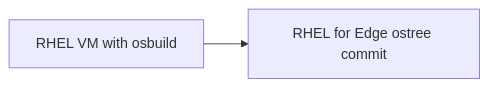
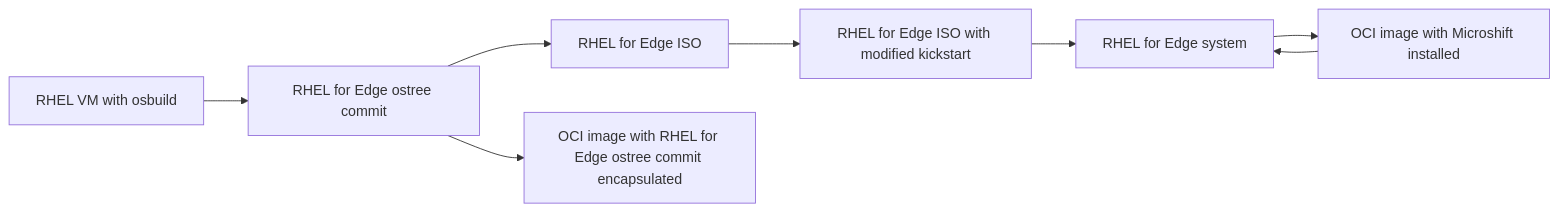
One commit to miabbott/r4e-microshift-demo changed the diagram in README.md. Above: the diagram before and after it, drawn with Mermaid.

Commit message:
add in full flowchart

````diff
--- a/README.md
+++ b/README.md
@@ -15,4 +15,10 @@
 ```mermaid
 flowchart LR;
   id1[RHEL VM with osbuild]-->id2[RHEL for Edge ostree commit];
+  id2-->id3[RHEL for Edge ISO];
+  id3-->id4[RHEL for Edge ISO with modified kickstart];
+  id4-->id5[RHEL for Edge system];
+  id2-->id6[OCI image with RHEL for Edge ostree commit encapsulated];
+  id5-->id7[OCI image with Microshift installed];
+  id7-->id5;
 ```
````
